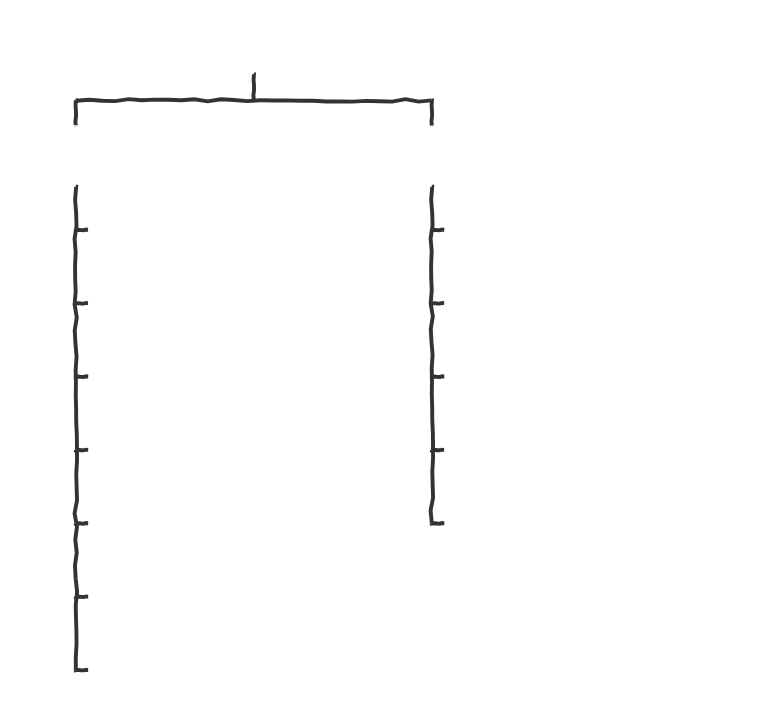
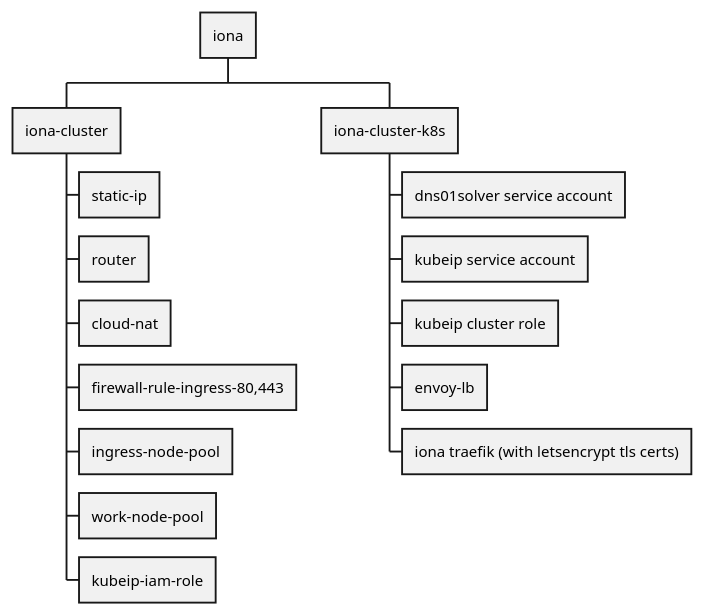
The diagram in iona-wbs.iuml (robinbryce/iona), drawn with PlantUML before and after one commit.

Commit message:
disable sketchy theme for iona wbs

```diff
--- a/iona-wbs.iuml
+++ b/iona-wbs.iuml
@@ -1,18 +1,17 @@
 @startwbs
-!theme sketchy-outline
 * iona
 ** iona-cluster
 *** static-ip
 *** router
 *** cloud-nat
 *** firewall-rule-ingress-80,443
 *** ingress-node-pool
 *** work-node-pool
 *** kubeip-iam-role
 ** iona-cluster-k8s
 *** dns01solver service account
 *** kubeip service account
 *** kubeip cluster role
 *** envoy-lb
 *** iona traefik (with letsencrypt tls certs)
 @endwbs
```
